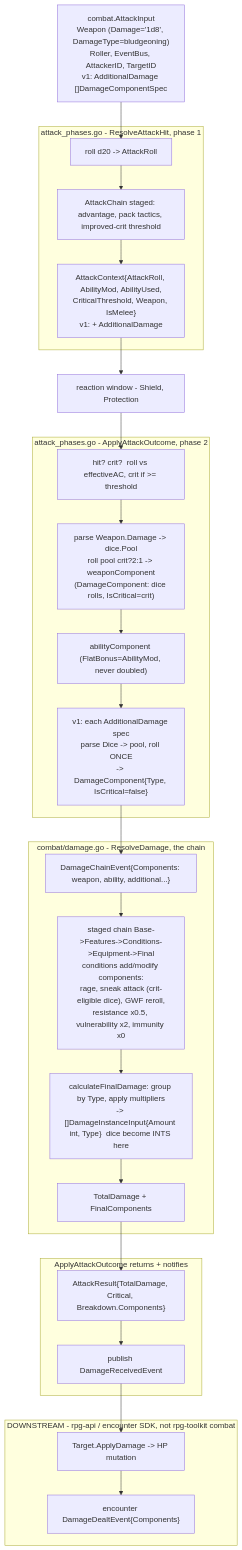
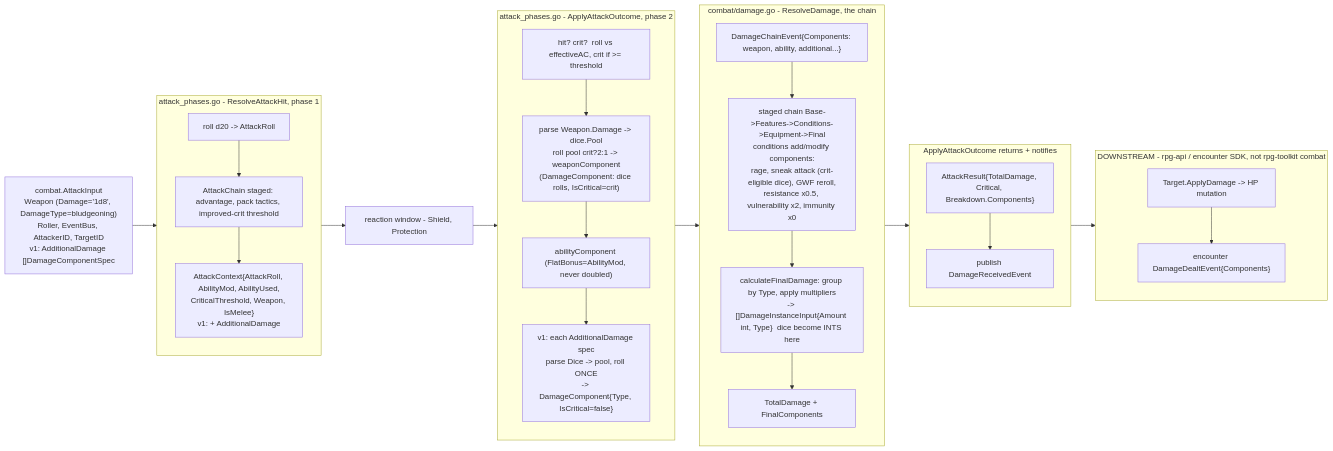
Before and after one commit to KirkDiggler/rpg-toolkit: the diagram in docs/adr/0036-additional-damage-selective-crit.md, drawn with Mermaid. The commit also changed other lines of this file and 1 other file, not shown here.

First line of the commit message:
docs(combat): architecture overview + widen ADR-0036 diagram

````diff
--- a/docs/adr/0036-additional-damage-selective-crit.md
+++ b/docs/adr/0036-additional-damage-selective-crit.md
@@ -59,47 +59,53 @@
 ```mermaid
-flowchart TD
+%%{init: {'flowchart': {'useMaxWidth': false, 'htmlLabels': true}}}%%
+flowchart LR
     AI["combat.AttackInput<br/>Weapon (Damage='1d8', DamageType=bludgeoning)<br/>Roller, EventBus, AttackerID, TargetID<br/>v1: AdditionalDamage []DamageComponentSpec"]
 
     subgraph P1["attack_phases.go - ResolveAttackHit, phase 1"]
+        direction TB
         R1["roll d20 -> AttackRoll"]
         AC["AttackChain staged: advantage, pack tactics, improved-crit threshold"]
         CTX["AttackContext{AttackRoll, AbilityMod, AbilityUsed,<br/>CriticalThreshold, Weapon, IsMelee}<br/>v1: + AdditionalDamage"]
         R1 --> AC --> CTX
     end
 
     WIN["reaction window - Shield, Protection"]
 
     subgraph P2["attack_phases.go - ApplyAttackOutcome, phase 2"]
+        direction TB
         HIT["hit? crit?  roll vs effectiveAC, crit if >= threshold"]
         ROLL["parse Weapon.Damage -> dice.Pool<br/>roll pool crit?2:1 -> weaponComponent<br/>(DamageComponent: dice rolls, IsCritical=crit)"]
         ABIL["abilityComponent (FlatBonus=AbilityMod, never doubled)"]
         ADD["v1: each AdditionalDamage spec<br/>parse Dice -> pool, roll ONCE<br/>-> DamageComponent{Type, IsCritical=false}"]
         HIT --> ROLL --> ABIL --> ADD
     end
 
     subgraph CH["combat/damage.go - ResolveDamage, the chain"]
+        direction TB
         CE["DamageChainEvent{Components: weapon, ability, additional...}"]
         ST["staged chain Base->Features->Conditions->Equipment->Final<br/>conditions add/modify components:<br/>rage, sneak attack (crit-eligible dice), GWF reroll,<br/>resistance x0.5, vulnerability x2, immunity x0"]
         CALC["calculateFinalDamage: group by Type, apply multipliers<br/>-> []DamageInstanceInput{Amount int, Type}  dice become INTS here"]
         TOTAL["TotalDamage + FinalComponents"]
         CE --> ST --> CALC --> TOTAL
     end
 
     subgraph OUT["ApplyAttackOutcome returns + notifies"]
+        direction TB
         AR["AttackResult{TotalDamage, Critical, Breakdown.Components}"]
         DRE["publish DamageReceivedEvent"]
         AR --> DRE
     end
 
     subgraph DOWN["DOWNSTREAM - rpg-api / encounter SDK, not rpg-toolkit combat"]
+        direction TB
         HP["Target.ApplyDamage -> HP mutation"]
         DDE["encounter DamageDealtEvent{Components}"]
         HP --> DDE
     end
 
     AI --> R1
     CTX --> WIN --> HIT
     ADD --> CE
     TOTAL --> AR
     DRE --> HP
 ```
````
